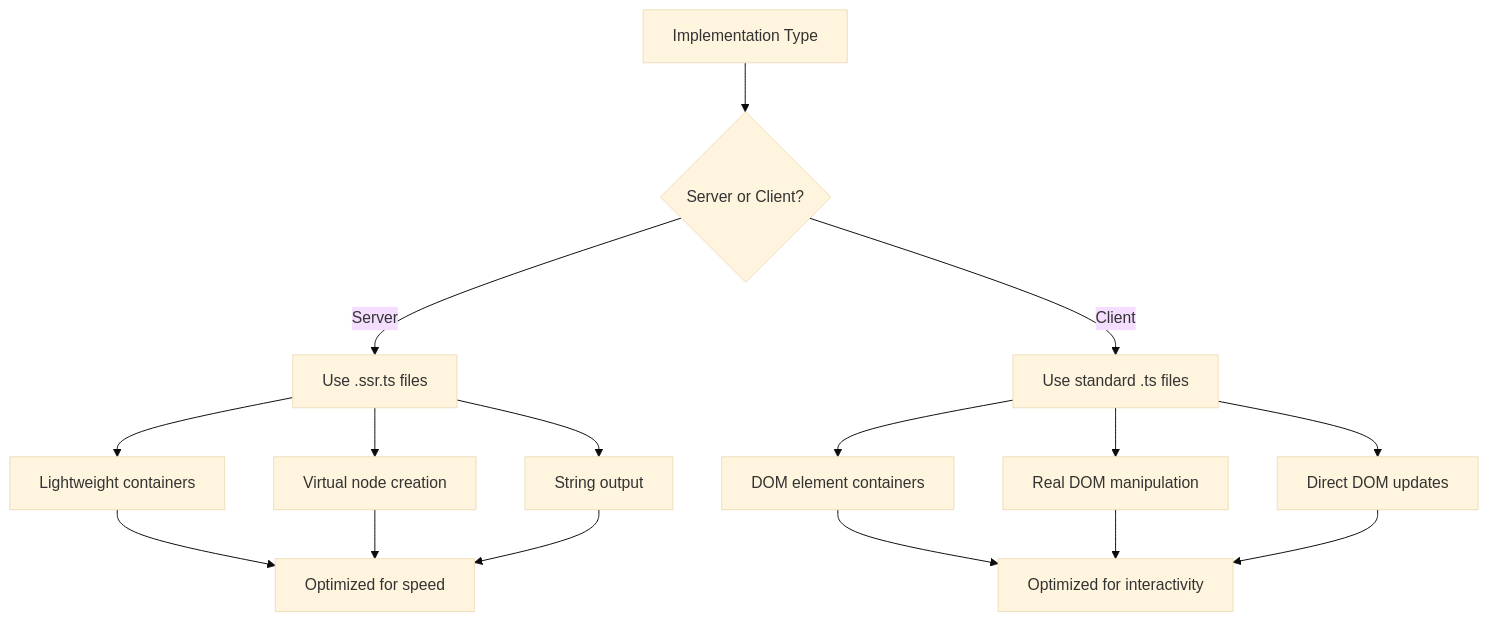
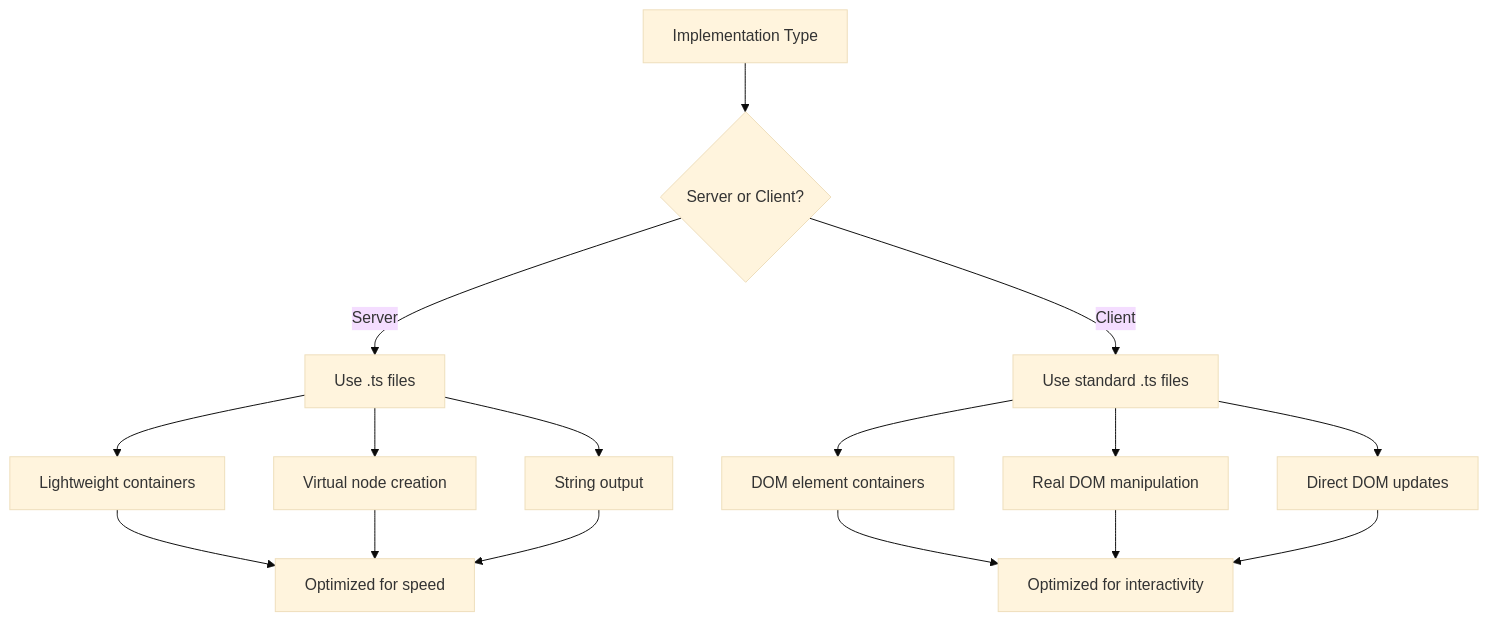
One commit to wobyjs/woby changed the sixth of 8 diagrams in .qoder/repowiki/en/content/Integration/Server-Side Rendering.md. Above: the diagram before and after it, drawn with Mermaid (base theme). The commit also changed other lines of this file and 36 other files, not shown here.

````diff
--- a/.qoder/repowiki/en/content/Integration/Server-Side Rendering.md
+++ b/.qoder/repowiki/en/content/Integration/Server-Side Rendering.md
@@ -248,18 +248,18 @@
 ```mermaid
 graph TD
 A[Implementation Type] --> B{Server or Client?}
-B --> |Server| C[Use .ssr.ts files]
+B --> |Server| C[Use .ts files]
 B --> |Client| D[Use standard .ts files]
 C --> E[Lightweight containers]
 C --> F[Virtual node creation]
 C --> G[String output]
 D --> H[DOM element containers]
 D --> I[Real DOM manipulation]
 D --> J[Direct DOM updates]
 E --> K[Optimized for speed]
 F --> K
 G --> K
 H --> L[Optimized for interactivity]
 I --> L
 J --> L
 ```
````
